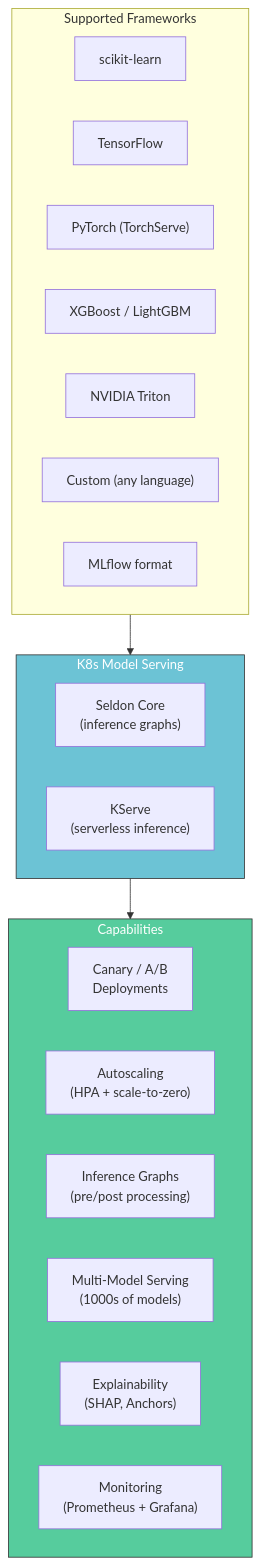
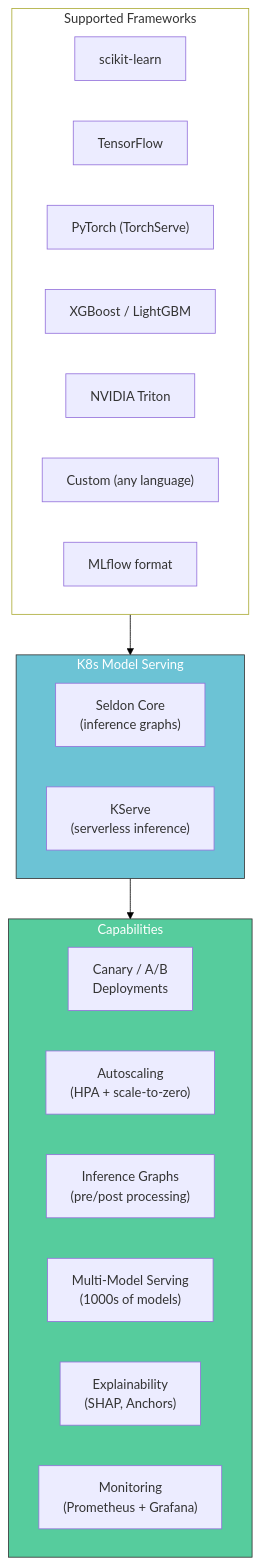
The sixth of 10 diagrams in posts/aiops-interview/MLOps-Interview-QA-5.qmd (tanquangduong/tanquangduong.github.io), drawn with Mermaid before and after one commit. The commit also changed other lines of this file and 204 other files, not shown here.

````diff
--- a/posts/aiops-interview/MLOps-Interview-QA-5.qmd
+++ b/posts/aiops-interview/MLOps-Interview-QA-5.qmd
@@ -788,32 +800,34 @@
 ```{mermaid}
 graph TD
+    linkStyle default stroke:#000,color:#000
     subgraph Serving["K8s Model Serving"]
         SELDON["Seldon Core<br/>(inference graphs)"]
         KSERVE["KServe<br/>(serverless inference)"]
     end
 
     subgraph Features["Capabilities"]
         CANARY["Canary / A/B<br/>Deployments"]
         AUTOSCALE["Autoscaling<br/>(HPA + scale-to-zero)"]
         GRAPH["Inference Graphs<br/>(pre/post processing)"]
         MULTI["Multi-Model Serving<br/>(1000s of models)"]
         EXPLAIN["Explainability<br/>(SHAP, Anchors)"]
         MONITOR_S["Monitoring<br/>(Prometheus + Grafana)"]
     end
 
     subgraph Frameworks["Supported Frameworks"]
         SKLEARN_S["scikit-learn"]
         TF_S["TensorFlow"]
         PYTORCH_S["PyTorch (TorchServe)"]
         XGBOOST_S["XGBoost / LightGBM"]
         TRITON["NVIDIA Triton"]
         CUSTOM_S["Custom (any language)"]
         MLFLOW_S["MLflow format"]
     end
 
     Serving --> Features
     Frameworks --> Serving
 
     style Serving fill:#6cc3d5,stroke:#333,color:#fff
     style Features fill:#56cc9d,stroke:#333,color:#fff
+    style Frameworks fill:#fff
 ```
````
